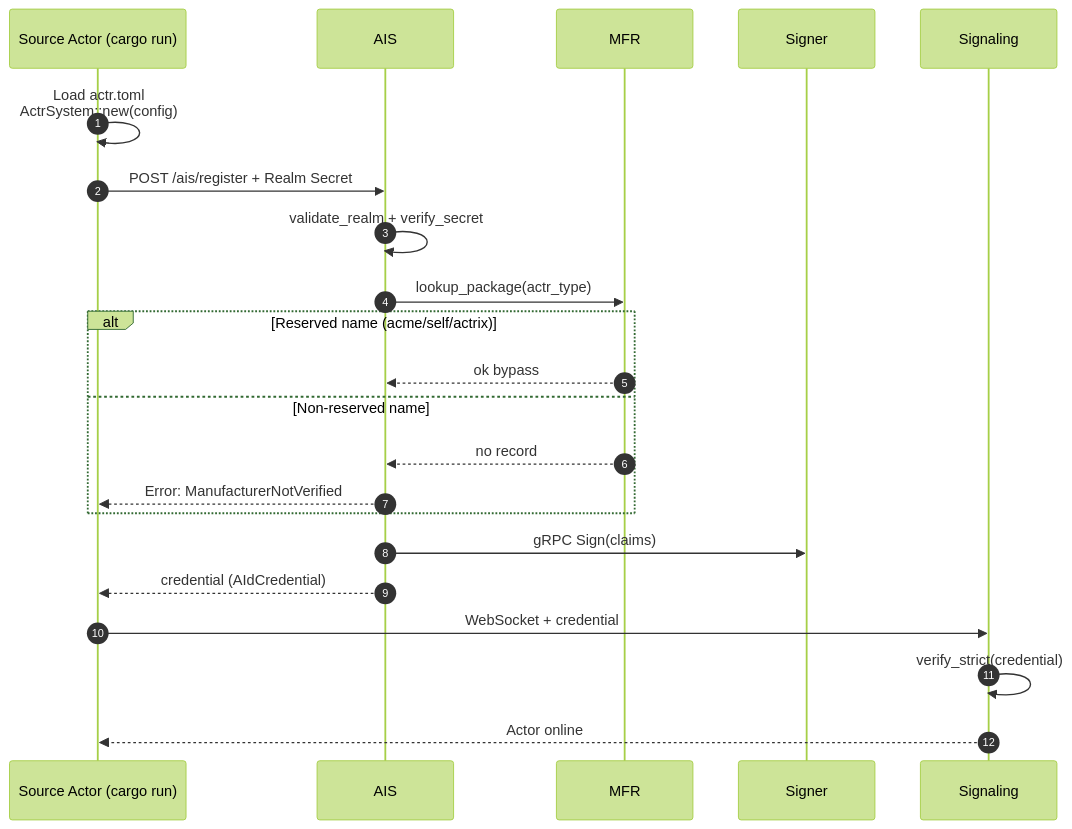
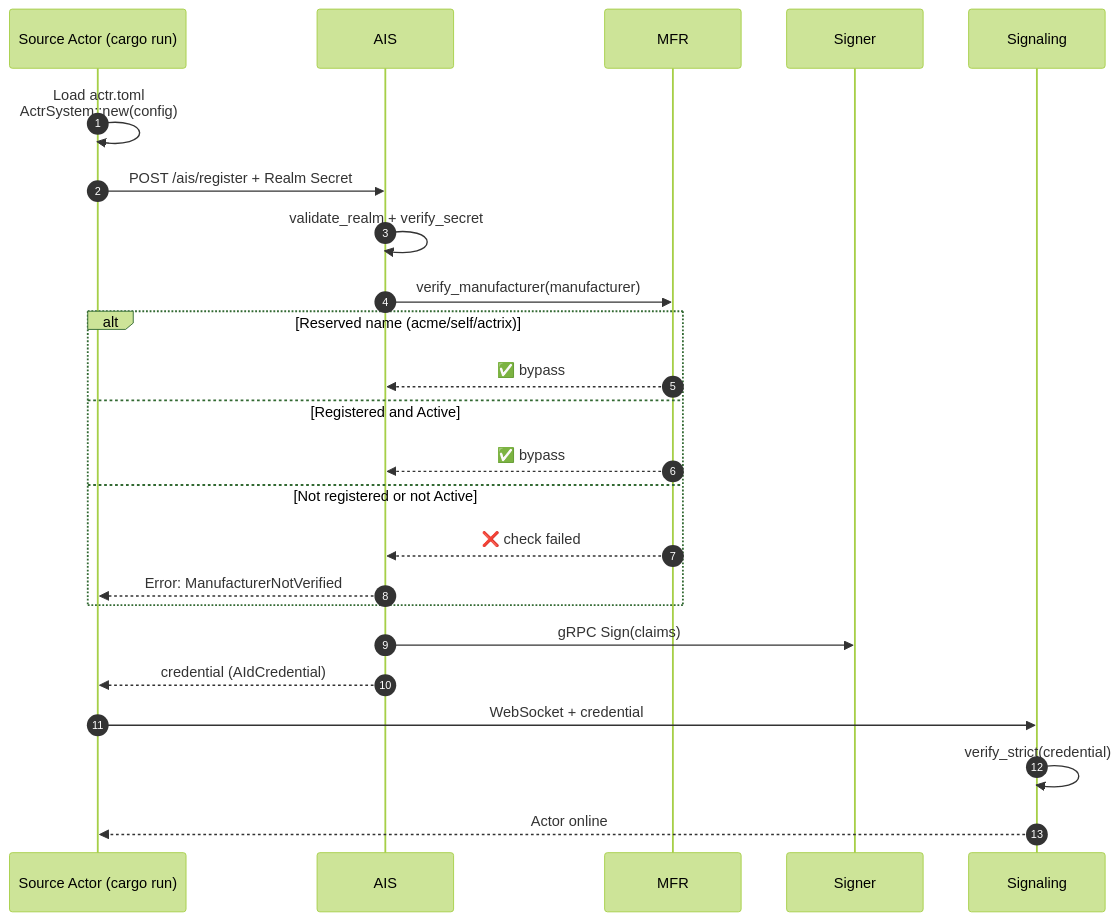
Before and after one commit to Actrium/actr: the second of 9 diagrams in docs/actr-sign-sequence-diagram.md, drawn with Mermaid (forest theme). The commit also changed other lines of this file and 1 other file, not shown here.

Commit message:
docs: update known issues with verify_manufacturer, package distribution, and solutions

````diff
--- a/docs/actr-sign-sequence-diagram.md
+++ b/docs/actr-sign-sequence-diagram.md
@@ -60,25 +62,27 @@
 ```mermaid
 sequenceDiagram
     autonumber
     participant App as Source Actor (cargo run)
     participant AIS as AIS
     participant MFR as MFR
     participant Signer as Signer
     participant Sig as Signaling
 
     App->>App: Load actr.toml<br/>ActrSystem::new(config)
     App->>AIS: POST /ais/register + Realm Secret
     AIS->>AIS: validate_realm + verify_secret
-    AIS->>MFR: lookup_package(actr_type)
+    AIS->>MFR: verify_manufacturer(manufacturer)
     alt Reserved name (acme/self/actrix)
-        MFR-->>AIS: ok bypass
-    else Non-reserved name
-        MFR-->>AIS: no record
+        MFR-->>AIS: ✅ bypass
+    else Registered and Active
+        MFR-->>AIS: ✅ bypass
+    else Not registered or not Active
+        MFR-->>AIS: ❌ check failed
         AIS-->>App: Error: ManufacturerNotVerified
     end
     AIS->>Signer: gRPC Sign(claims)
     AIS-->>App: credential (AIdCredential)
     App->>Sig: WebSocket + credential
     Sig->>Sig: verify_strict(credential)
     Sig-->>App: Actor online
 ```
````
